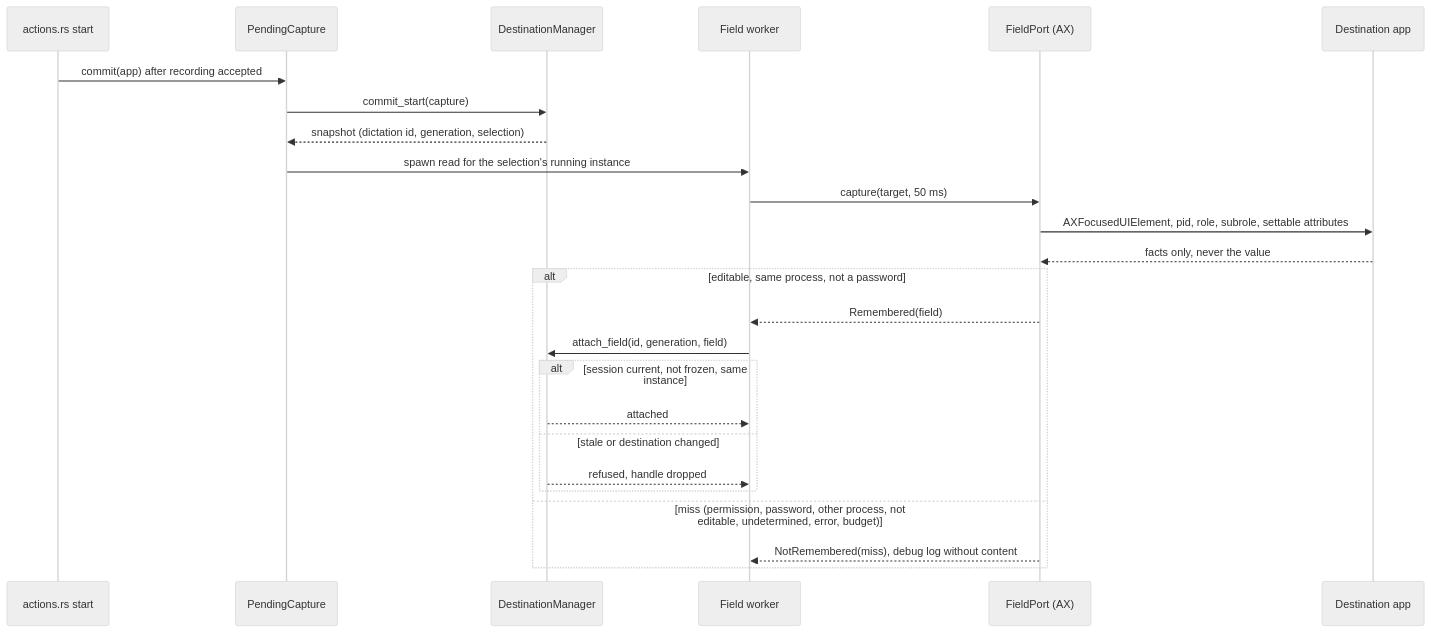
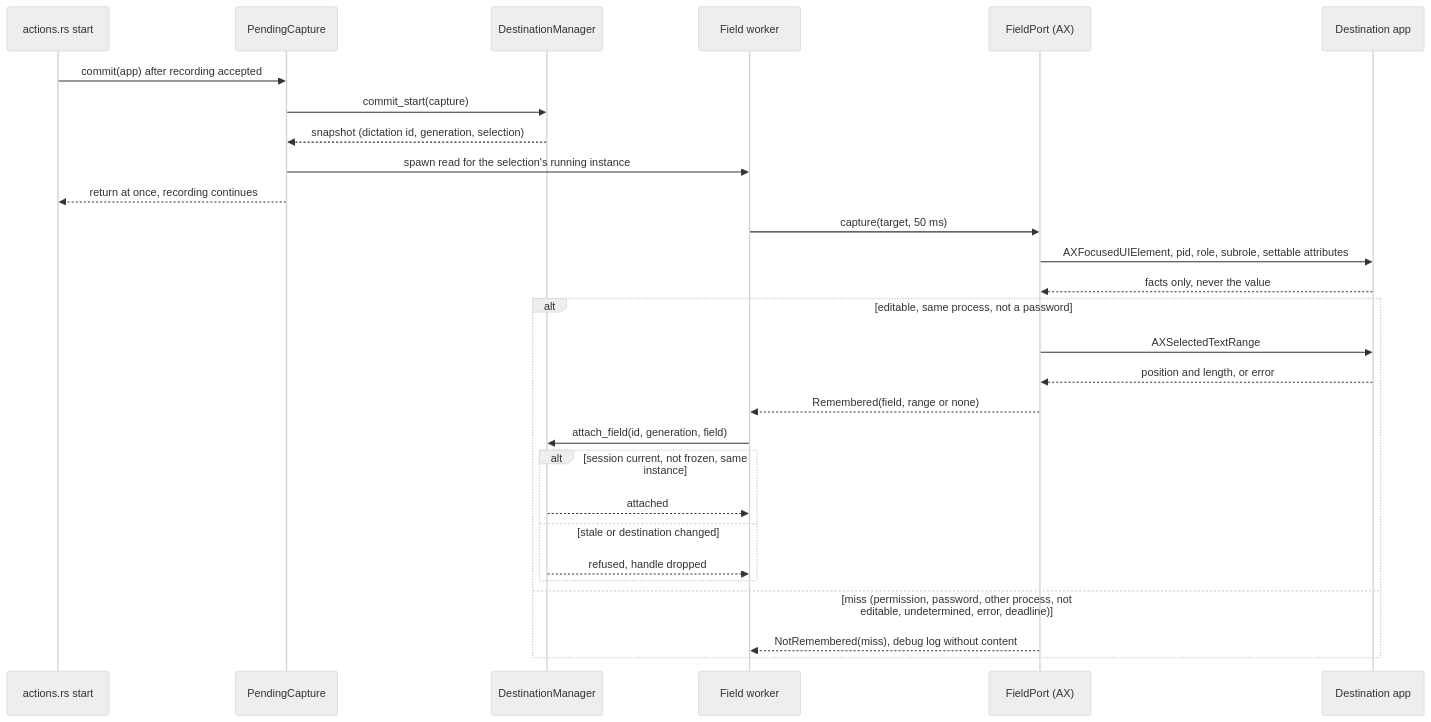
Before and after one commit to julien-m/handy: the first of 4 diagrams in .specs/features/011-dictation-field-return/plan.md, drawn with Mermaid (neutral theme). The commit also changed other lines of this file and 2 other files, not shown here.

````diff
--- a/.specs/features/011-dictation-field-return/plan.md
+++ b/.specs/features/011-dictation-field-return/plan.md
@@ -146,27 +174,30 @@
 ```mermaid
 sequenceDiagram
     participant A as actions.rs start
     participant P as PendingCapture
     participant M as DestinationManager
     participant W as Field worker
     participant F as FieldPort (AX)
     participant D as Destination app
     A->>P: commit(app) after recording accepted
     P->>M: commit_start(capture)
     M-->>P: snapshot (dictation id, generation, selection)
     P->>W: spawn read for the selection's running instance
+    P-->>A: return at once, recording continues
     W->>F: capture(target, 50 ms)
     F->>D: AXFocusedUIElement, pid, role, subrole, settable attributes
     D-->>F: facts only, never the value
     alt editable, same process, not a password
-        F-->>W: Remembered(field)
+        F->>D: AXSelectedTextRange
+        D-->>F: position and length, or error
+        F-->>W: Remembered(field, range or none)
         W->>M: attach_field(id, generation, field)
         alt session current, not frozen, same instance
             M-->>W: attached
         else stale or destination changed
             M-->>W: refused, handle dropped
         end
-    else miss (permission, password, other process, not editable, undetermined, error, budget)
+    else miss (permission, password, other process, not editable, undetermined, error, deadline)
         F-->>W: NotRemembered(miss), debug log without content
     end
 ```
````
